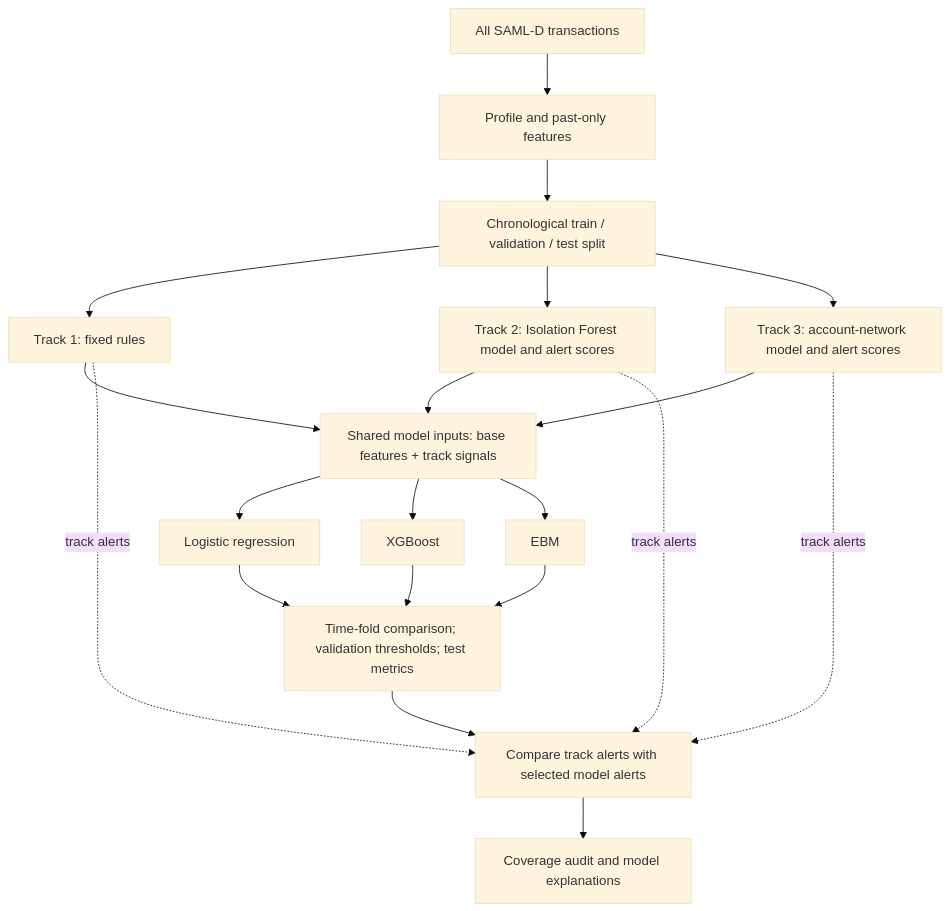
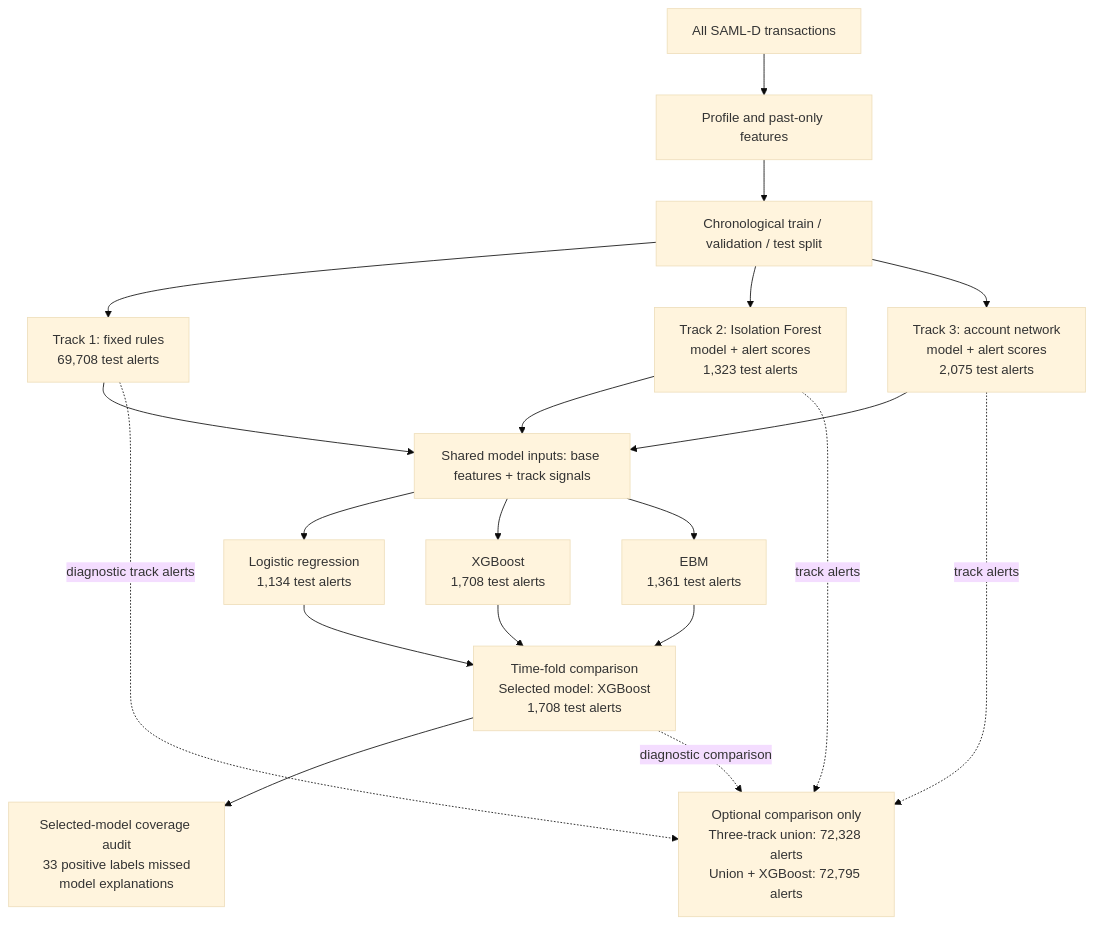
One commit to codewithdaniel1/Explainable-AML-Transaction-Monitoring changed the diagram in docs/PROJECT_GUIDE.md. Above: the diagram before and after it, drawn with Mermaid (base theme). The commit also changed other lines of this file and 1 other file, not shown here.

Commit message:
Clarify selected XGBoost alert path

````diff
--- a/docs/PROJECT_GUIDE.md
+++ b/docs/PROJECT_GUIDE.md
@@ -15,22 +17,22 @@
 ```mermaid
 flowchart TD
     A[All SAML-D transactions] --> B[Profile and past-only features]
     B --> C[Chronological train / validation / test split]
-    C --> R[Track 1: fixed rules]
-    C --> I[Track 2: Isolation Forest model and alert scores]
-    C --> N[Track 3: account-network model and alert scores]
+    C --> R["Track 1: fixed rules<br/>69,708 test alerts"]
+    C --> I["Track 2: Isolation Forest<br/>model + alert scores<br/>1,323 test alerts"]
+    C --> N["Track 3: account network<br/>model + alert scores<br/>2,075 test alerts"]
     R --> F[Shared model inputs: base features + track signals]
     I --> F
     N --> F
-    F --> L[Logistic regression]
-    F --> X[XGBoost]
-    F --> E[EBM]
-    L --> M[Time-fold comparison; validation thresholds; test metrics]
+    F --> L["Logistic regression<br/>1,134 test alerts"]
+    F --> X["XGBoost<br/>1,708 test alerts"]
+    F --> E["EBM<br/>1,361 test alerts"]
+    L --> M["Time-fold comparison<br/>Selected model: XGBoost<br/>1,708 test alerts"]
     X --> M
     E --> M
-    R -. track alerts .-> Q[Compare track alerts with selected model alerts]
+    M --> Z["Selected-model coverage audit<br/>33 positive labels missed<br/>model explanations"]
+    R -. diagnostic track alerts .-> Q["Optional comparison only<br/>Three-track union: 72,328 alerts<br/>Union + XGBoost: 72,795 alerts"]
     I -. track alerts .-> Q
     N -. track alerts .-> Q
-    M --> Q
-    Q --> Z[Coverage audit and model explanations]
+    M -. diagnostic comparison .-> Q
 ```
````
